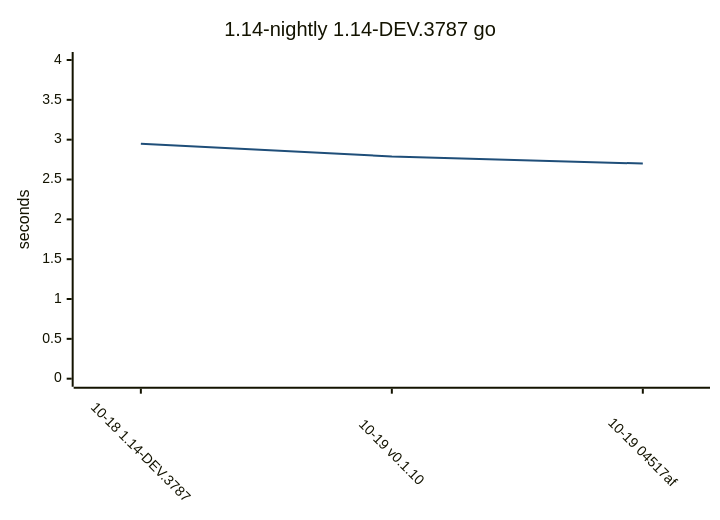
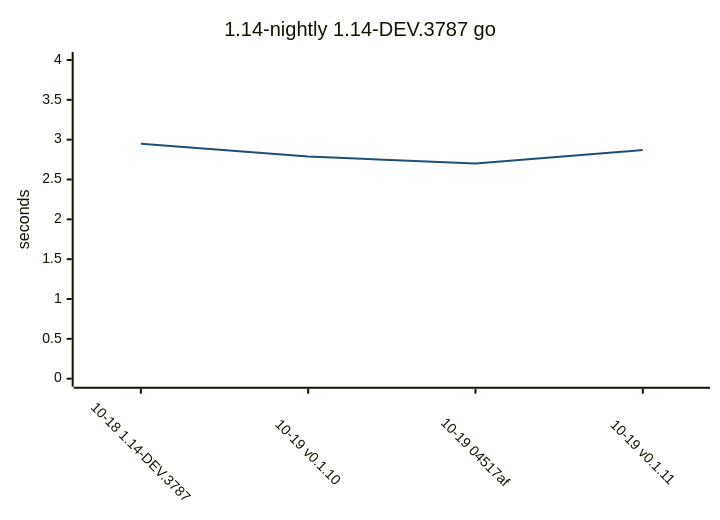
One commit to yamanori99/DistSSHRun.jl changed the fifth of 9 diagrams in README.md. Above: the diagram before and after it, drawn with Mermaid. The commit also changed other lines of this file and 1 other file, not shown here.

````diff
--- a/README.md
+++ b/README.md
@@ -162,17 +163,17 @@
 ```mermaid
 ---
 config:
   theme: base
   themeVariables:
     xyChart:
       plotColorPalette: "#1f4e79"
   xyChart:
     xAxis:
       labelRotation: 45
 ---
 xychart-beta
     title "1.14-nightly 1.14-DEV.3787 go"
-    x-axis ["10-18 1.14-DEV.3787", "10-19 v0.1.10", "10-19 04517af"]
+    x-axis ["10-18 1.14-DEV.3787", "10-19 v0.1.10", "10-19 04517af", "10-19 v0.1.11"]
     y-axis "seconds" 0 --> 4
-    line [2.95, 2.79, 2.7]
+    line [2.95, 2.79, 2.7, 2.87]
 ```
````
